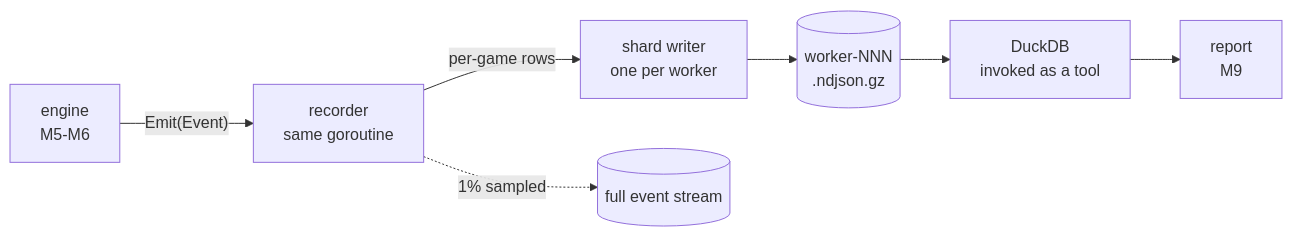
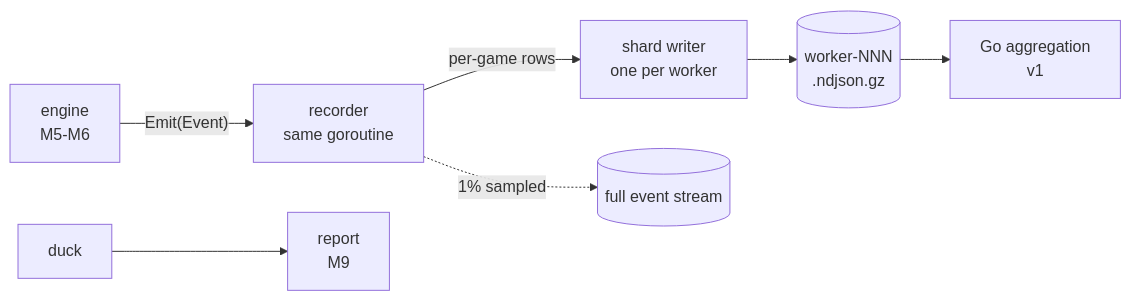
The diagram in docs/crucible/design/telemetry-pipeline.md (Card-Forge/forge), drawn with Mermaid before and after one commit. The commit also changed other lines of this file and 7 other files, not shown here.

````diff
--- a/docs/crucible/design/telemetry-pipeline.md
+++ b/docs/crucible/design/telemetry-pipeline.md
@@ -14,9 +14,9 @@
 ```mermaid
 flowchart LR
   eng["engine<br/>M5-M6"] -->|"Emit(Event)"| rec["recorder<br/>same goroutine"]
   rec -->|"per-game rows"| sh["shard writer<br/>one per worker"]
   sh --> gz[("worker-NNN<br/>.ndjson.gz")]
-  gz --> duck["DuckDB<br/>invoked as a tool"]
+  gz --> rep0["Go aggregation<br/>v1"]
   duck --> rep["report<br/>M9"]
   rec -.->|"1% sampled"| full[("full event stream")]
 ```
````
